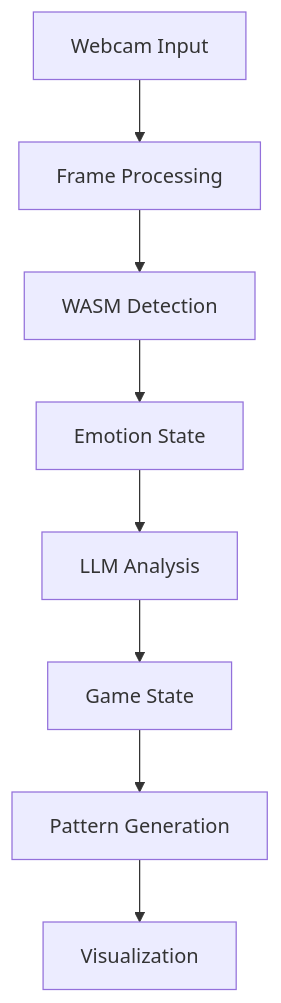
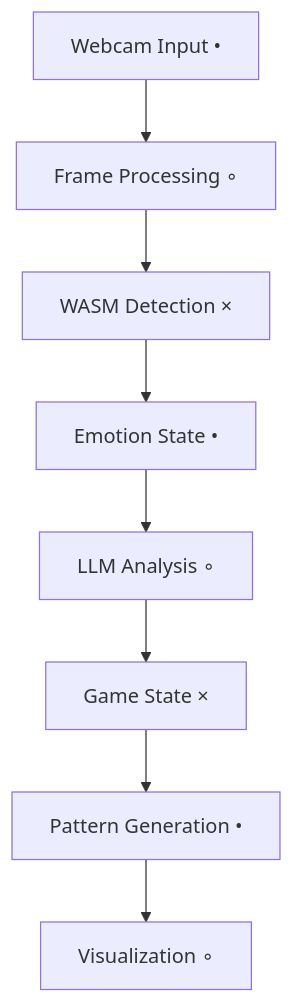
The first of 3 diagrams in README.md (terrafying/musicpullzel), drawn with Mermaid before and after one commit. The commit also changed other lines of this file and 31 other files, not shown here.

````diff
--- a/README.md
+++ b/README.md
@@ -9,10 +39,10 @@
 ```mermaid
 graph TD
-    A[Webcam Input] --> B[Frame Processing]
-    B --> C[WASM Detection]
-    C --> D[Emotion State]
-    D --> E[LLM Analysis]
-    E --> F[Game State]
-    F --> G[Pattern Generation]
-    G --> H[Visualization]
+    A[Webcam Input •] --> B[Frame Processing ∘]
+    B --> C[WASM Detection ×]
+    C --> D[Emotion State •]
+    D --> E[LLM Analysis ∘]
+    E --> F[Game State ×]
+    F --> G[Pattern Generation •]
+    G --> H[Visualization ∘]
 ```
````
